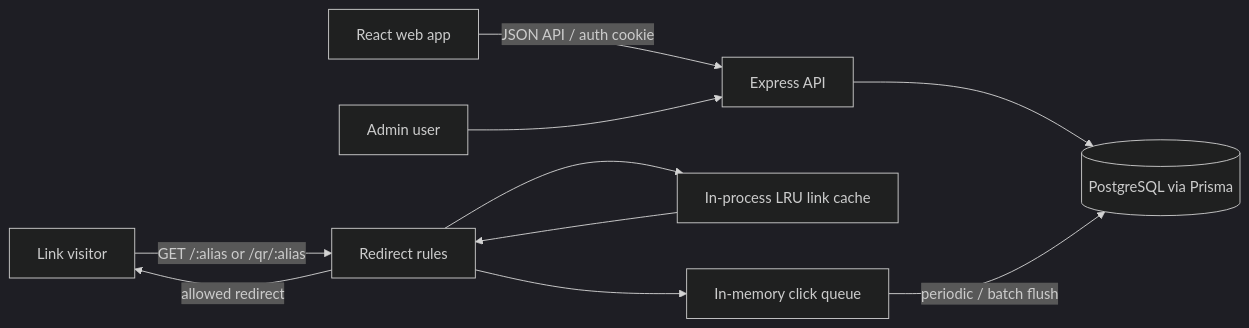
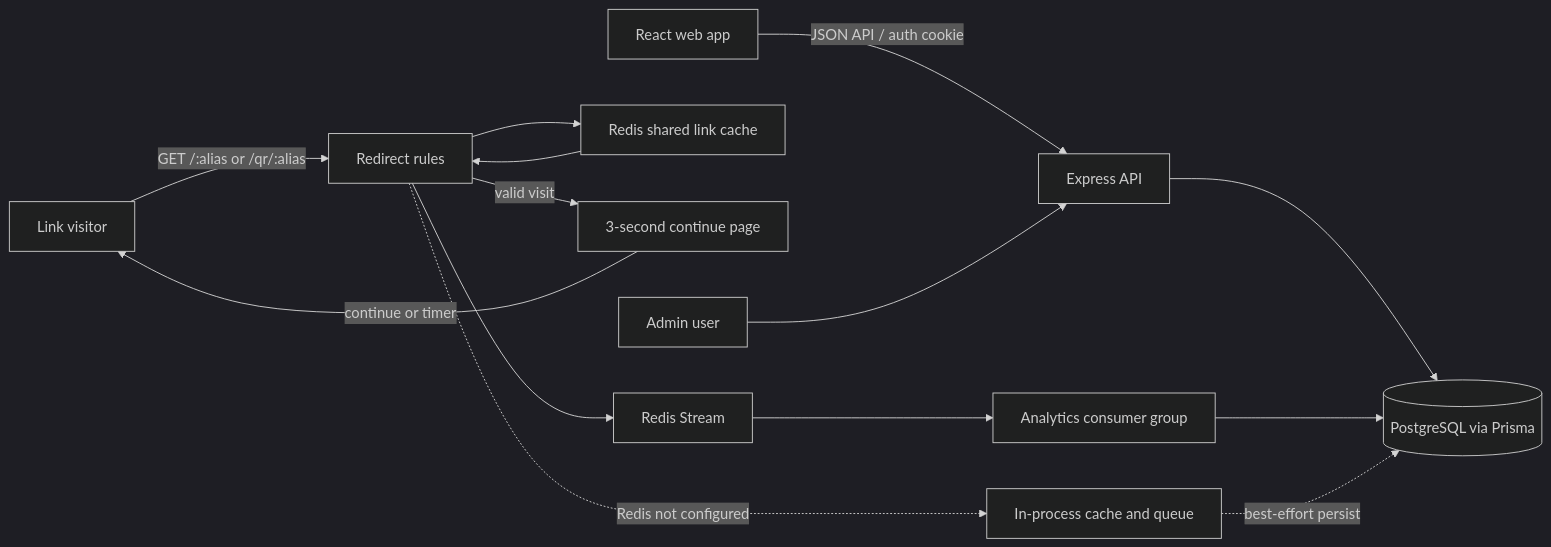
Before and after one commit to priyanshubishtme/pulse: the diagram in README.md, drawn with Mermaid (dark theme). The commit also changed other lines of this file and 20 other files, not shown here.

Commit message:
local redis integration

````diff
--- a/README.md
+++ b/README.md
@@ -33,12 +34,16 @@
 ```mermaid
 flowchart LR
     Browser[React web app] -->|JSON API / auth cookie| API[Express API]
     Visitor[Link visitor] -->|GET /:alias or /qr/:alias| Redirect[Redirect rules]
     API --> DB[(PostgreSQL via Prisma)]
-    Redirect --> Cache[In-process LRU link cache]
+    Redirect --> Cache[Redis shared link cache]
     Cache --> Redirect
-    Redirect -->|allowed redirect| Visitor
-    Redirect --> Queue[In-memory click queue]
-    Queue -->|periodic / batch flush| DB
+    Redirect -->|valid visit| Interstitial[3-second continue page]
+    Interstitial -->|continue or timer| Visitor
+    Redirect --> Stream[Redis Stream]
+    Stream --> Worker[Analytics consumer group]
+    Worker --> DB
+    Redirect -. Redis not configured .-> Local[In-process cache and queue]
+    Local -. best-effort persist .-> DB
     Admin[Admin user] --> API
 ```
````
